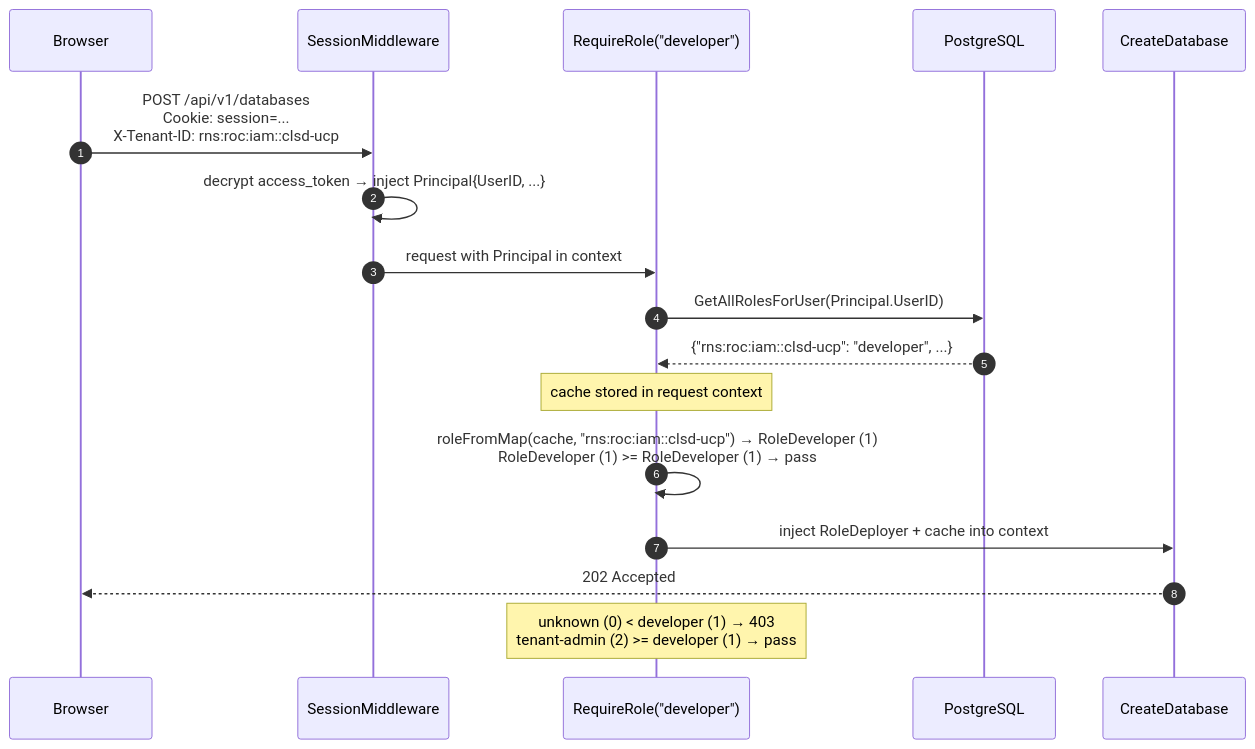
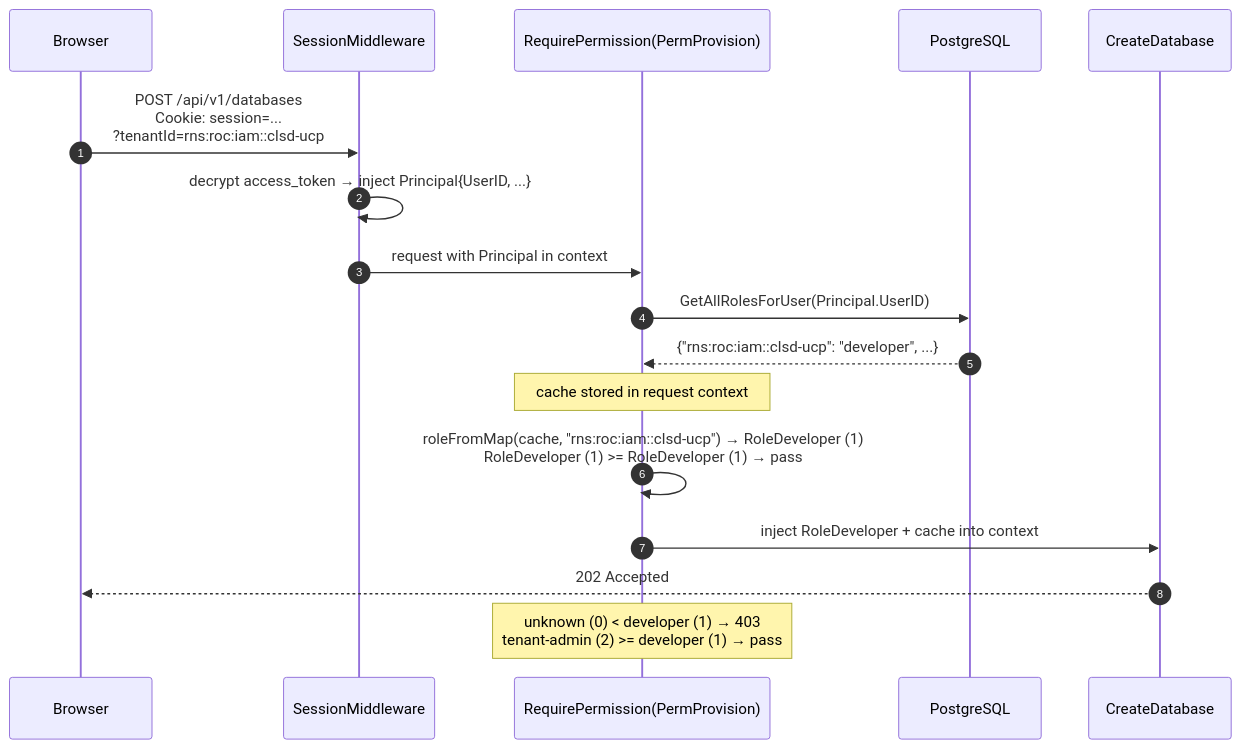
Before and after one commit to aripermana-putra/ucp-docs-collection: the third of 5 diagrams in docs/projects/universal-control-plane-ucp/pocs/rbac/implementation.md, drawn with Mermaid. The commit also changed other lines of this file and 2 other files, not shown here.

````diff
--- a/docs/projects/universal-control-plane-ucp/pocs/rbac/implementation.md
+++ b/docs/projects/universal-control-plane-ucp/pocs/rbac/implementation.md
@@ -365,25 +366,25 @@
 ```mermaid
 sequenceDiagram
     autonumber
 
     participant Browser
     participant Session as SessionMiddleware
-    participant Middleware as RequireRole("developer")
+    participant Middleware as RequirePermission(PermProvision)
     participant DB as PostgreSQL
     participant Handler as CreateDatabase
 
-    Browser->>Session: POST /api/v1/databases<br/>Cookie: session=...<br/>X-Tenant-ID: rns:roc:iam::clsd-ucp
+    Browser->>Session: POST /api/v1/databases<br/>Cookie: session=...<br/>?tenantId=rns:roc:iam::clsd-ucp
     Session->>Session: decrypt access_token → inject Principal{UserID, ...}
     Session->>Middleware: request with Principal in context
 
     Middleware->>DB: GetAllRolesForUser(Principal.UserID)
     DB-->>Middleware: {"rns:roc:iam::clsd-ucp": "developer", ...}
     Note over Middleware: cache stored in request context
 
     Middleware->>Middleware: roleFromMap(cache, "rns:roc:iam::clsd-ucp") → RoleDeveloper (1)<br/>RoleDeveloper (1) >= RoleDeveloper (1) → pass
 
-    Middleware->>Handler: inject RoleDeployer + cache into context
+    Middleware->>Handler: inject RoleDeveloper + cache into context
     Handler-->>Browser: 202 Accepted
 
     note over Middleware: unknown (0) < developer (1) → 403<br/>tenant-admin (2) >= developer (1) → pass
 ```
````
